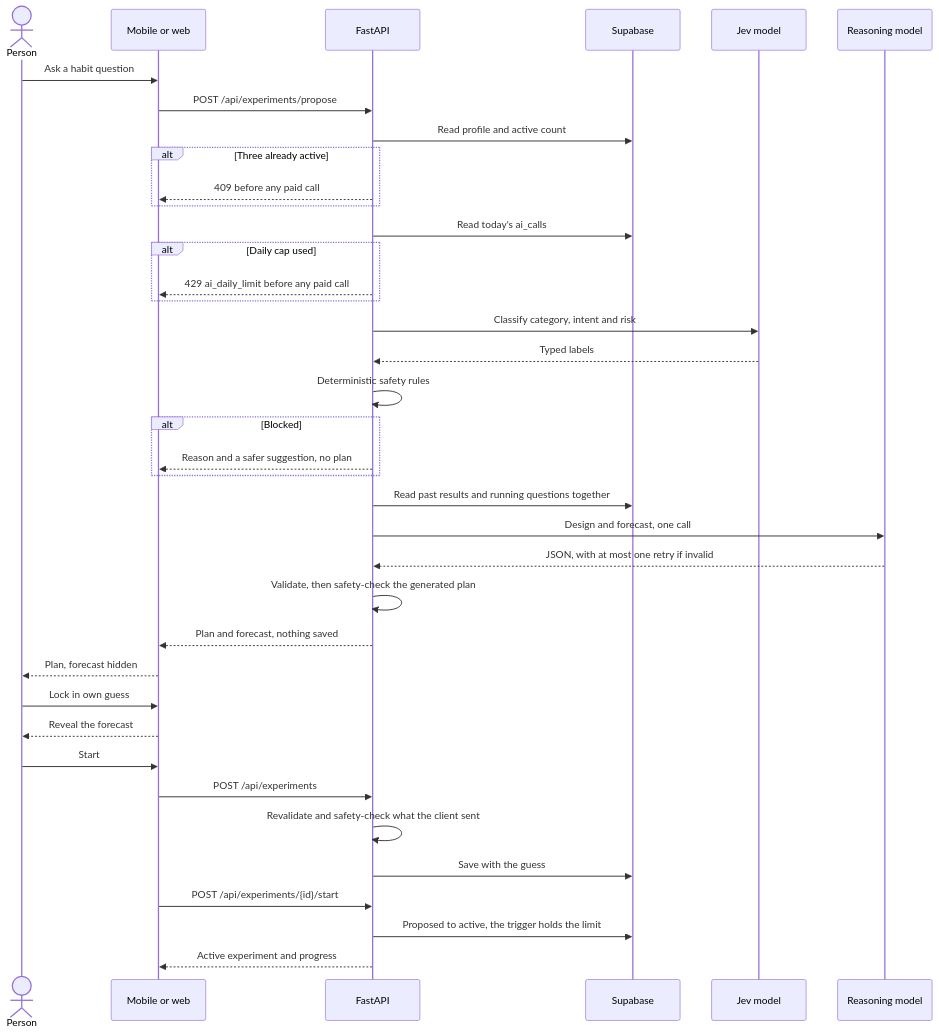
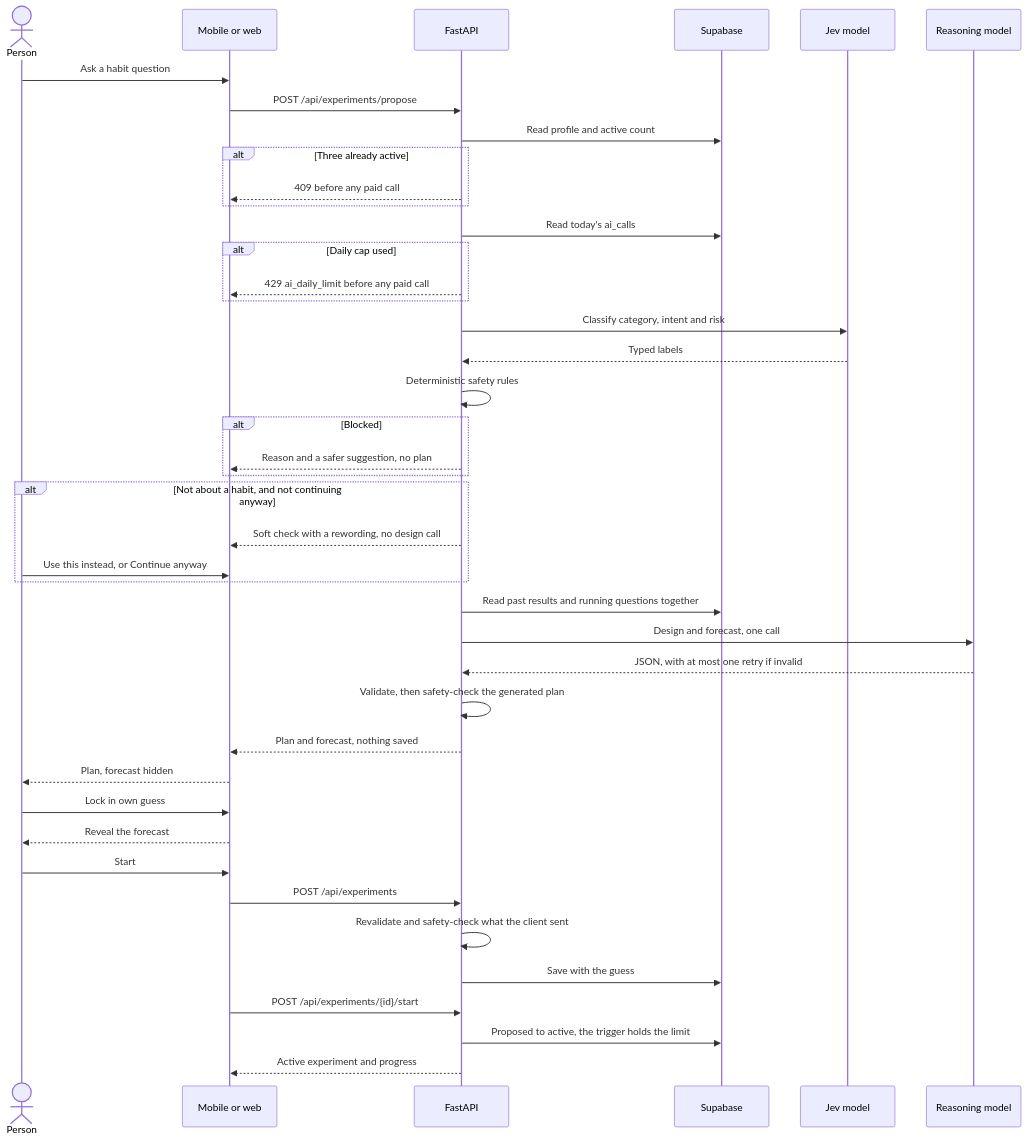
The third of 6 diagrams in docs/ARCHITECTURE.md (mnahsanofficial/rhythm-health), drawn with Mermaid before and after one commit. The commit also changed other lines of this file and 12 other files, not shown here.

First line of the commit message:
feat: add a soft check when a question isn't about a habit

````diff
--- a/docs/ARCHITECTURE.md
+++ b/docs/ARCHITECTURE.md
@@ -164,41 +164,45 @@
 ```mermaid
 sequenceDiagram
     actor P as Person
     participant App as Mobile or web
     participant API as FastAPI
     participant DB as Supabase
     participant Jev as Jev model
     participant AI as Reasoning model
 
     P->>App: Ask a habit question
     App->>API: POST /api/experiments/propose
     API->>DB: Read profile and active count
     alt Three already active
         API-->>App: 409 before any paid call
     end
     API->>DB: Read today's ai_calls
     alt Daily cap used
         API-->>App: 429 ai_daily_limit before any paid call
     end
     API->>Jev: Classify category, intent and risk
     Jev-->>API: Typed labels
     API->>API: Deterministic safety rules
     alt Blocked
         API-->>App: Reason and a safer suggestion, no plan
     end
+    alt Not about a habit, and not continuing anyway
+        API-->>App: Soft check with a rewording, no design call
+        P->>App: Use this instead, or Continue anyway
+    end
     API->>DB: Read past results and running questions together
     API->>AI: Design and forecast, one call
     AI-->>API: JSON, with at most one retry if invalid
     API->>API: Validate, then safety-check the generated plan
     API-->>App: Plan and forecast, nothing saved
     App-->>P: Plan, forecast hidden
     P->>App: Lock in own guess
     App-->>P: Reveal the forecast
     P->>App: Start
     App->>API: POST /api/experiments
     API->>API: Revalidate and safety-check what the client sent
     API->>DB: Save with the guess
     App->>API: POST /api/experiments/{id}/start
     API->>DB: Proposed to active, the trigger holds the limit
     API-->>App: Active experiment and progress
 ```
````
